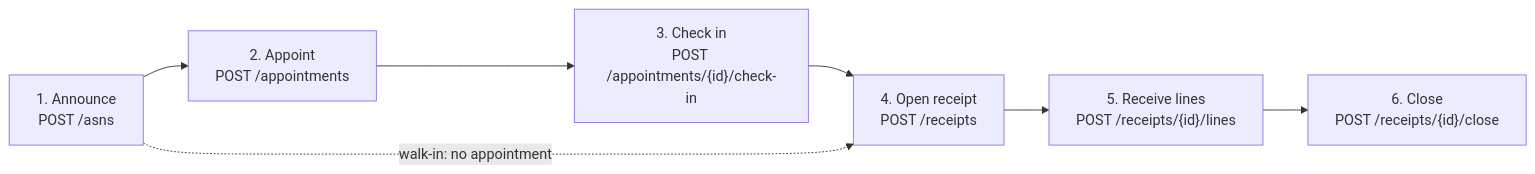
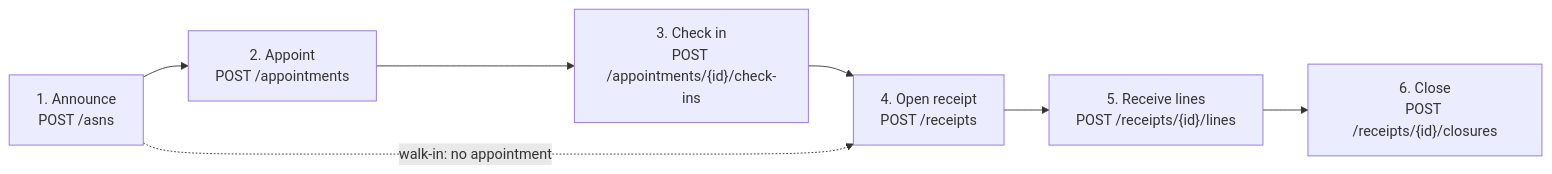
Before and after one commit to IQVO/inbound-receiving: the diagram in docs/docs/overview/receiving-workflow.md, drawn with Mermaid. The commit also changed 63 other files, not shown here.

````diff
--- a/docs/docs/overview/receiving-workflow.md
+++ b/docs/docs/overview/receiving-workflow.md
@@ -13,9 +13,9 @@
 ```mermaid
 flowchart LR
   A["1. Announce<br/>POST /asns"] --> B["2. Appoint<br/>POST /appointments"]
-  B --> C["3. Check in<br/>POST /appointments/{id}/check-in"]
+  B --> C["3. Check in<br/>POST /appointments/{id}/check-ins"]
   C --> D["4. Open receipt<br/>POST /receipts"]
   D --> E["5. Receive lines<br/>POST /receipts/{id}/lines"]
-  E --> F["6. Close<br/>POST /receipts/{id}/close"]
+  E --> F["6. Close<br/>POST /receipts/{id}/closures"]
   A -. "walk-in: no appointment" .-> D
 ```
````
